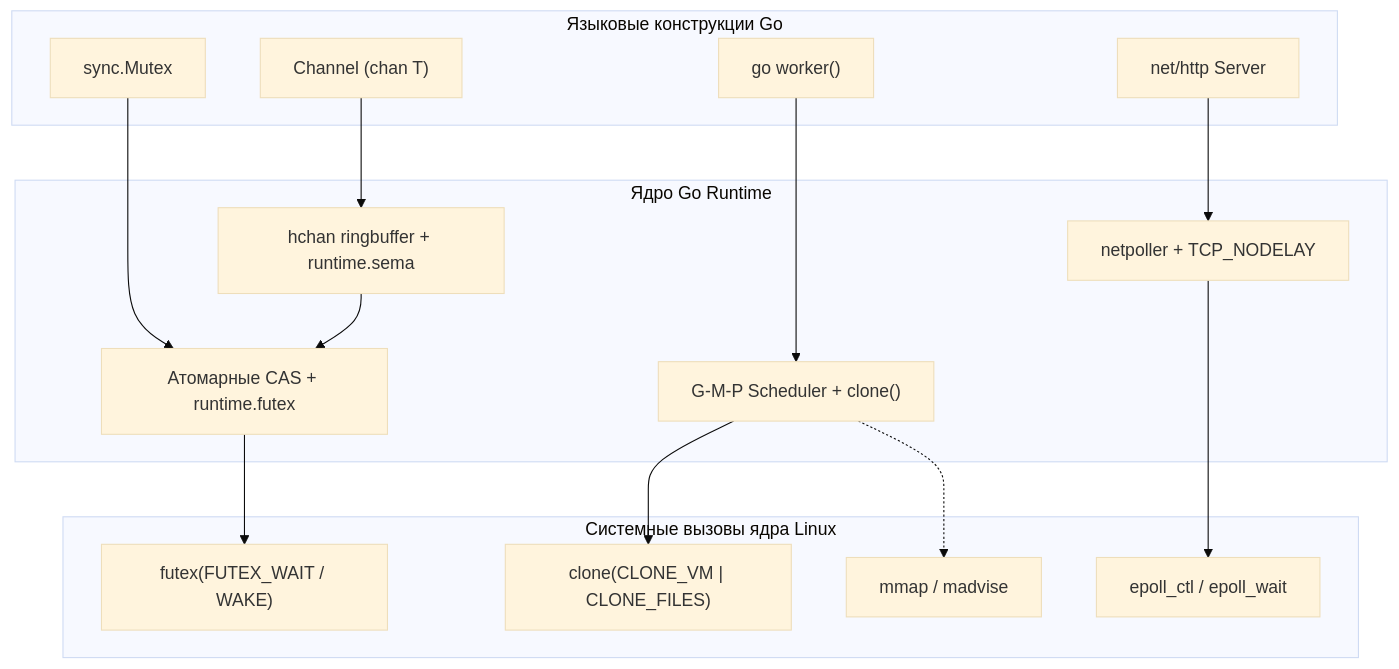
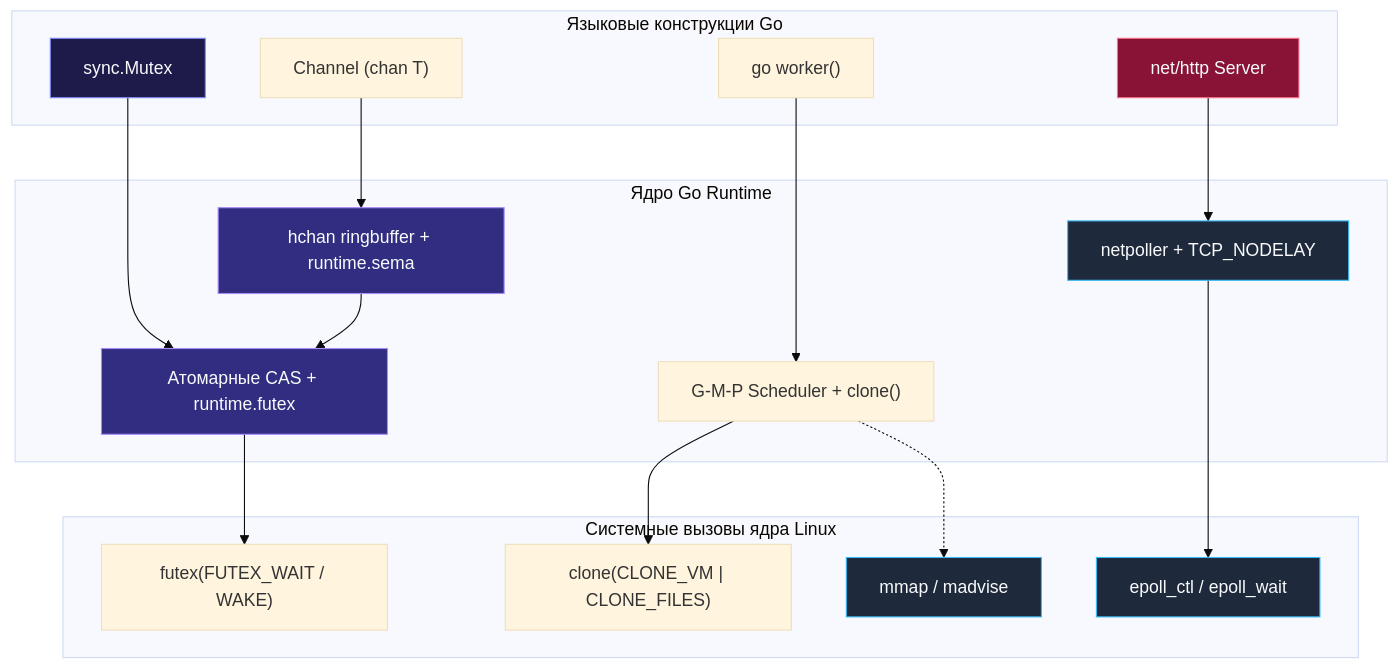
The fourth of 4 diagrams in sources/2. Устройство и работа ОС/63. Итоги раздела. Картина ОС целиком для Go-разработчика.md (UnrealTemplier/go-textbook), drawn with Mermaid (base theme) before and after one commit. The commit also changed other lines of this file and 1666 other files, not shown here.

First line of the commit message:
feat(mermaid): add semantic color classDef to 1369 colorless flowchart/graph diagrams

````diff
--- a/sources/2. Устройство и работа ОС/63. Итоги раздела. Картина ОС целиком для Go-разработчика.md
+++ b/sources/2. Устройство и работа ОС/63. Итоги раздела. Картина ОС целиком для Go-разработчика.md
@@ -145,29 +165,39 @@
 ```mermaid
 flowchart TD
+    classDef process  fill:#1e293b,stroke:#38bdf8,stroke-width:1px,color:#f8fafc
+    classDef success  fill:#064e3b,stroke:#34d399,stroke-width:1px,color:#f8fafc
+    classDef error    fill:#7f1d1d,stroke:#f87171,stroke-width:1px,color:#f8fafc
+    classDef warning  fill:#78350f,stroke:#fbbf24,stroke-width:1px,color:#f8fafc
+    classDef entry    fill:#1e3a5f,stroke:#38bdf8,stroke-width:2px,color:#f8fafc
+    classDef aux      fill:#334155,stroke:#64748b,stroke-width:1px,color:#f8fafc
+    classDef system   fill:#312e81,stroke:#a78bfa,stroke-width:1px,color:#f8fafc
+    classDef data     fill:#132d29,stroke:#2dd4bf,stroke-width:1px,color:#f8fafc
+    classDef network  fill:#881337,stroke:#fb7185,stroke-width:1px,color:#f8fafc
+    classDef accent   fill:#1e1b4b,stroke:#818cf8,stroke-width:1px,color:#f8fafc
     subgraph GoLanguage ["Языковые конструкции Go"]
-        SyncMutex["sync.Mutex"]
+        SyncMutex["sync.Mutex"]:::accent
         GoChannel["Channel (chan T)"]
         GoroutineSpawn["go worker()"]
-        NetHTTP["net/http Server"]
+        NetHTTP["net/http Server"]:::network
     end
 
     subgraph RuntimeEngine ["Ядро Go Runtime"]
-        FutexShim["Атомарные CAS + runtime.futex"]
-        ChannelShim["hchan ringbuffer + runtime.sema"]
+        FutexShim["Атомарные CAS + runtime.futex"]:::system
+        ChannelShim["hchan ringbuffer + runtime.sema"]:::system
         GMP_Engine["G-M-P Scheduler + clone()"]
-        NetpollEngine["netpoller + TCP_NODELAY"]
+        NetpollEngine["netpoller + TCP_NODELAY"]:::process
     end
 
     subgraph KernelSyscalls ["Системные вызовы ядра Linux"]
         SysFutex["futex(FUTEX_WAIT / WAKE)"]
         SysClone["clone(CLONE_VM | CLONE_FILES)"]
-        SysEpoll["epoll_ctl / epoll_wait"]
-        SysMmap["mmap / madvise"]
+        SysEpoll["epoll_ctl / epoll_wait"]:::process
+        SysMmap["mmap / madvise"]:::process
     end
 
     SyncMutex --> FutexShim --> SysFutex
     GoChannel --> ChannelShim --> FutexShim
     GoroutineSpawn --> GMP_Engine --> SysClone
     NetHTTP --> NetpollEngine --> SysEpoll
     GMP_Engine -.-> SysMmap
 ```
````
